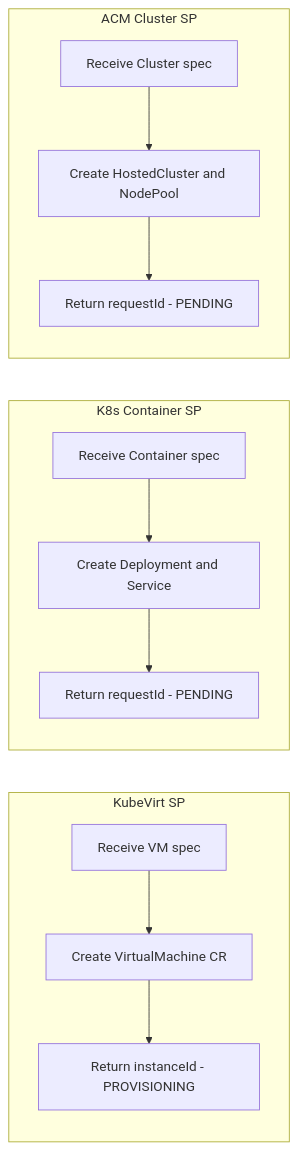
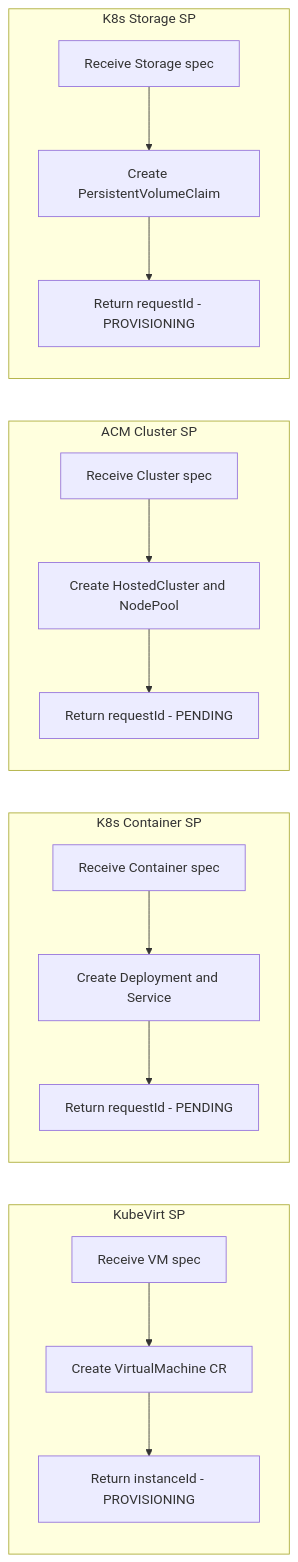
Diagram 14 of 19 in enhancements/user-flows/user-flows.md (dcm-project/enhancements), drawn with Mermaid before and after one commit. The commit also changed other lines of this file and 5 other files, not shown here.

````diff
--- a/enhancements/user-flows/user-flows.md
+++ b/enhancements/user-flows/user-flows.md
@@ -713,17 +752,22 @@
 ```mermaid
 flowchart LR
     subgraph KubeVirtSP[KubeVirt SP]
         A1[Receive VM spec] --> A2[Create VirtualMachine CR]
         A2 --> A3[Return instanceId - PROVISIONING]
     end
 
     subgraph K8sContainerSP[K8s Container SP]
         B1[Receive Container spec] --> B2[Create Deployment and Service]
         B2 --> B3[Return requestId - PENDING]
     end
 
     subgraph ACMClusterSP[ACM Cluster SP]
         C1[Receive Cluster spec] --> C2[Create HostedCluster and NodePool]
         C2 --> C3[Return requestId - PENDING]
     end
+
+    subgraph K8sStorageSP[K8s Storage SP]
+        D1[Receive Storage spec] --> D2[Create PersistentVolumeClaim]
+        D2 --> D3[Return requestId - PROVISIONING]
+    end
 ```
````
